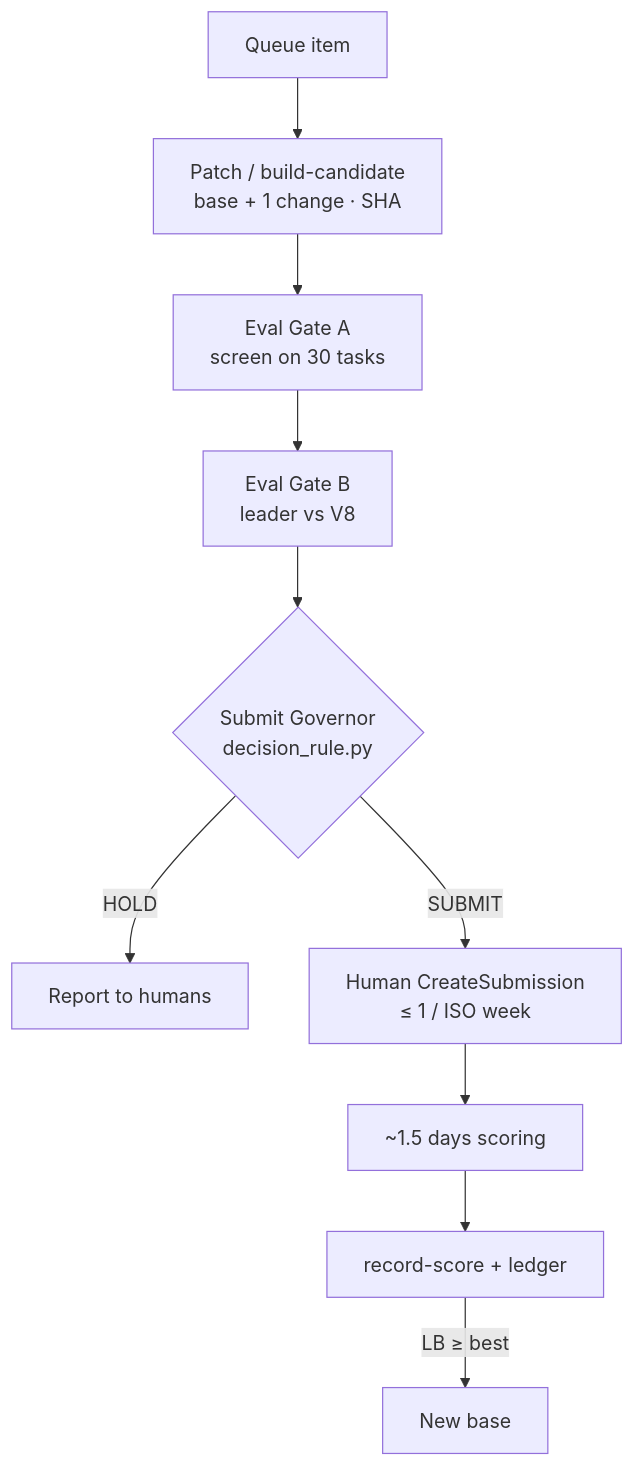
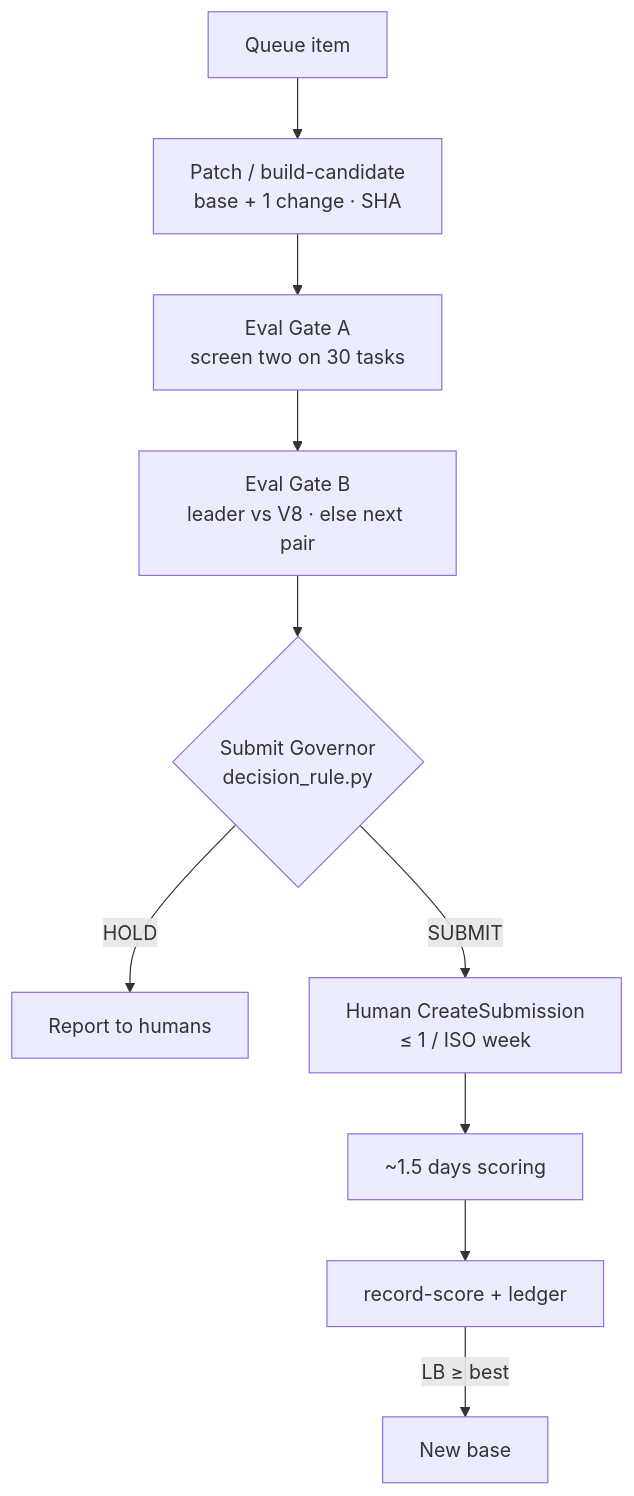
The second of 7 diagrams in docs/wiki/Architecture.md (khaosans/noisegate-gemma4-factory), drawn with Mermaid before and after one commit. The commit also changed other lines of this file and 2 other files, not shown here.

````diff
--- a/docs/wiki/Architecture.md
+++ b/docs/wiki/Architecture.md
@@ -49,12 +49,12 @@
 ```mermaid
 flowchart TB
   Q[Queue item] --> BC[Patch / build-candidate<br/>base + 1 change · SHA]
-  BC --> GA[Eval Gate A<br/>screen on 30 tasks]
-  GA --> GB[Eval Gate B<br/>leader vs V8]
+  BC --> GA[Eval Gate A<br/>screen two on 30 tasks]
+  GA --> GB[Eval Gate B<br/>leader vs V8 · else next pair]
   GB --> WD{Submit Governor<br/>decision_rule.py}
   WD -->|HOLD| RH[Report to humans]
   WD -->|SUBMIT| CS[Human CreateSubmission<br/>≤ 1 / ISO week]
   CS --> Wait[~1.5 days scoring]
   Wait --> RS[record-score + ledger]
   RS -->|LB ≥ best| NB[New base]
 ```
````
